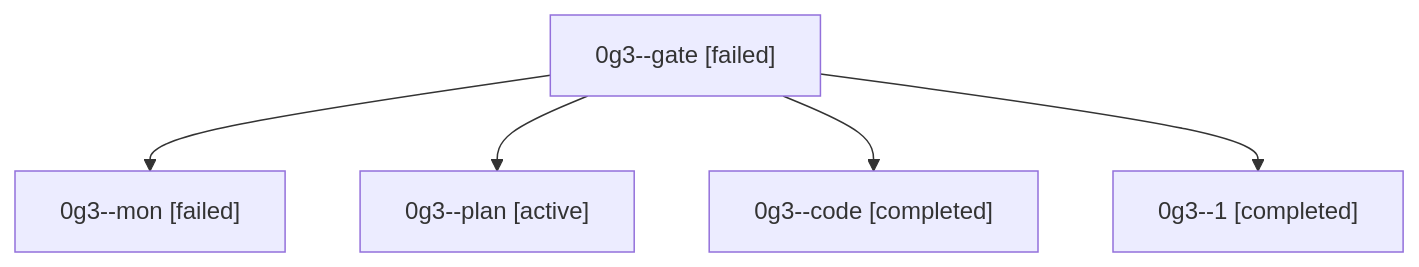
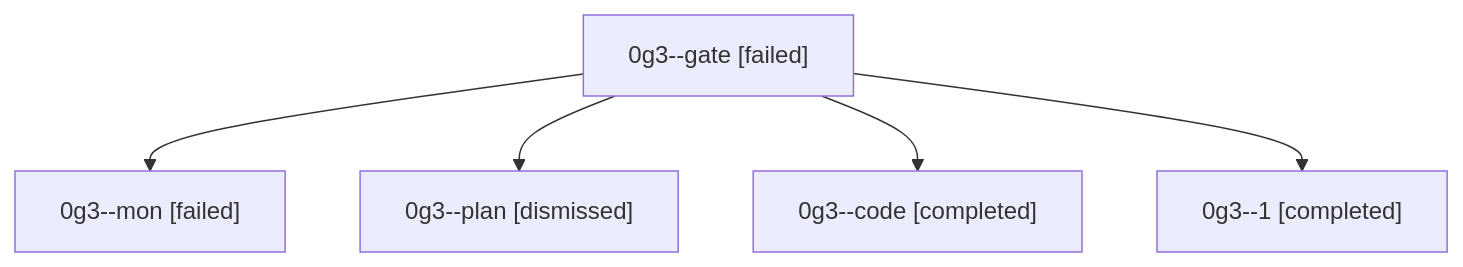
One commit to sase-org/sase--agents changed the diagram in sessions/bbugyi200.athena.0g3.md. Above: the diagram before and after it, drawn with Mermaid. The commit also changed other lines of this file and 36 other files, not shown here.

````diff
--- a/sessions/bbugyi200.athena.0g3.md
+++ b/sessions/bbugyi200.athena.0g3.md
@@ -9,12 +9,12 @@
 ```mermaid
 flowchart TD
   n0["0g3--gate [failed]"]
   n1["0g3--mon [failed]"]
   n0 --> n1
-  n2["0g3--plan [active]"]
+  n2["0g3--plan [dismissed]"]
   n0 --> n2
   n3["0g3--code [completed]"]
   n0 --> n3
   n4["0g3--1 [completed]"]
   n0 --> n4
 ```
````
